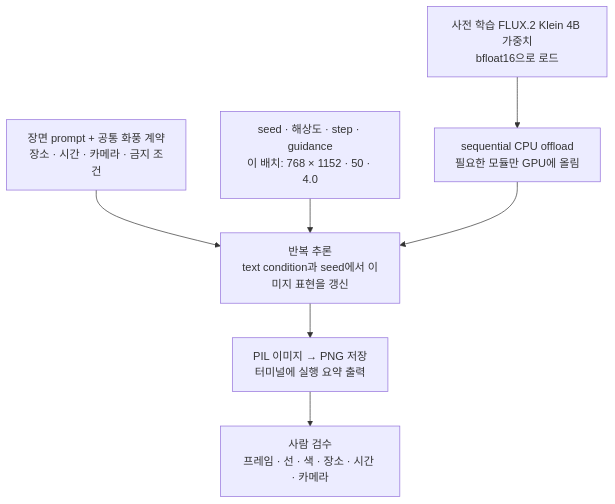
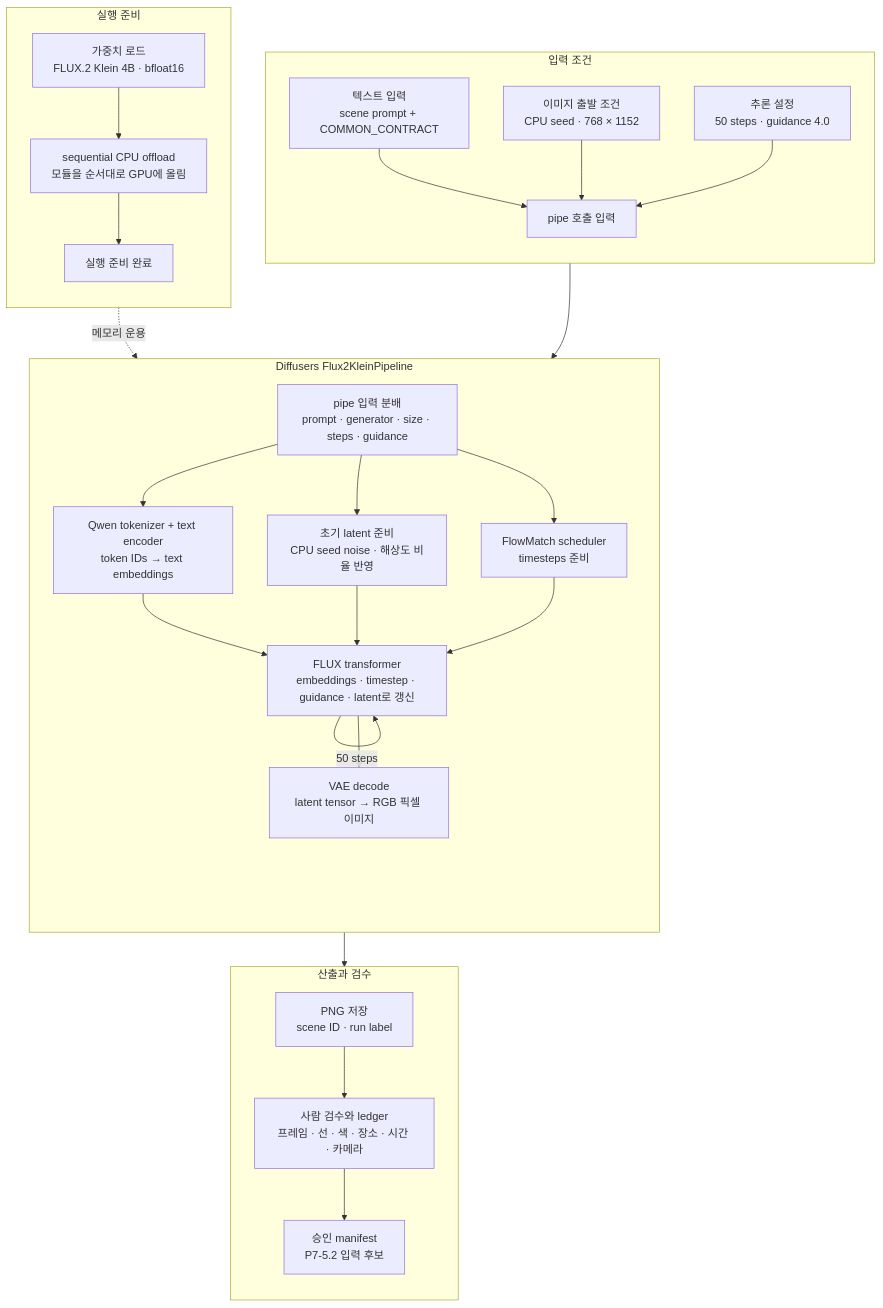
The diagram in docs/assets/part-07/chapter-05/p7-5-1-ai-model-inference-pipeline-ko.mmd (devchan64/AiBook), drawn with Mermaid before and after one commit. The commit also changed 11 other files, not shown here.

Commit message:
docs: refine P7-5.1 Flux pipeline manuscript

```diff
--- a/docs/assets/part-07/chapter-05/p7-5-1-ai-model-inference-pipeline-ko.mmd
+++ b/docs/assets/part-07/chapter-05/p7-5-1-ai-model-inference-pipeline-ko.mmd
@@ -1,13 +1,49 @@
 flowchart TD
-  prompt["장면 prompt + 공통 화풍 계약<br/>장소 · 시간 · 카메라 · 금지 조건"]
-  settings["seed · 해상도 · step · guidance<br/>이 배치: 768 × 1152 · 50 · 4.0"]
-  weights["사전 학습 FLUX.2 Klein 4B 가중치<br/>bfloat16으로 로드"]
-  offload["sequential CPU offload<br/>필요한 모듈만 GPU에 올림"]
-  inference["반복 추론<br/>text condition과 seed에서 이미지 표현을 갱신"]
-  output["PIL 이미지 → PNG 저장<br/>터미널에 실행 요약 출력"]
-  review["사람 검수<br/>프레임 · 선 · 색 · 장소 · 시간 · 카메라"]
+  subgraph input["입력 조건"]
+    direction TB
+    prompt_input["텍스트 입력<br/>scene prompt + COMMON_CONTRACT"]
+    latent_input["이미지 출발 조건<br/>CPU seed · 768 × 1152"]
+    run_input["추론 설정<br/>50 steps · guidance 4.0"]
+    input_bundle["pipe 호출 입력"]
+  end
 
-  prompt --> inference
-  settings --> inference
-  weights --> offload --> inference
-  inference --> output --> review
+  subgraph prepare["실행 준비"]
+    direction TB
+    weights["가중치 로드<br/>FLUX.2 Klein 4B · bfloat16"]
+    offload["sequential CPU offload<br/>모듈을 순서대로 GPU에 올림"]
+    ready["실행 준비 완료"]
+  end
+
+  subgraph pipeline["Diffusers Flux2KleinPipeline"]
+    direction TB
+    apply_input["pipe 입력 분배<br/>prompt · generator · size · steps · guidance"]
+    text["Qwen tokenizer + text encoder<br/>token IDs → text embeddings"]
+    latent["초기 latent 준비<br/>CPU seed noise · 해상도 비율 반영"]
+    schedule["FlowMatch scheduler<br/>timesteps 준비"]
+    transformer["FLUX transformer<br/>embeddings · timestep · guidance · latent로 갱신"]
+    decode["VAE decode<br/>latent tensor → RGB 픽셀 이미지"]
+  end
+
+  subgraph result["산출과 검수"]
+    direction TB
+    output["PNG 저장<br/>scene ID · run label"]
+    review["사람 검수와 ledger<br/>프레임 · 선 · 색 · 장소 · 시간 · 카메라"]
+    manifest["승인 manifest<br/>P7-5.2 입력 후보"]
+  end
+
+  prompt_input --> input_bundle
+  latent_input --> input_bundle
+  run_input --> input_bundle
+
+  weights --> offload --> ready
+  ready -.메모리 운용.-> apply_input
+
+  input_bundle --> apply_input
+  apply_input --> text
+  apply_input --> latent
+  apply_input --> schedule
+  text --> transformer
+  latent --> transformer
+  schedule --> transformer
+  transformer -->|50 steps| transformer
+  transformer --> decode --> output --> review --> manifest
```
